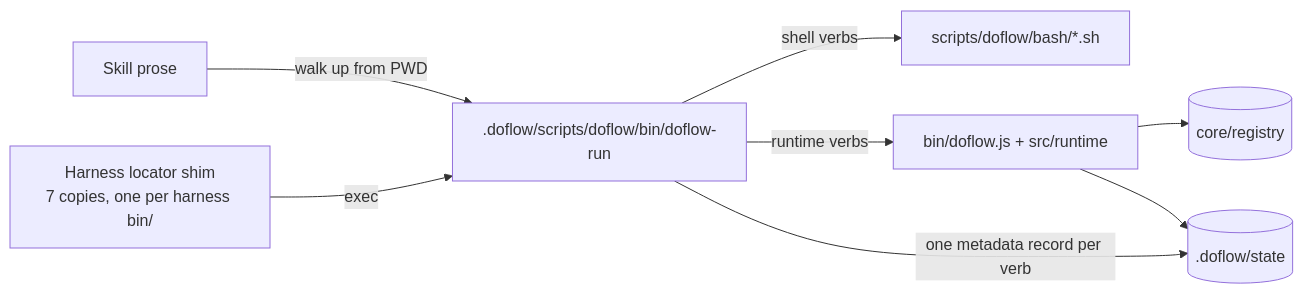
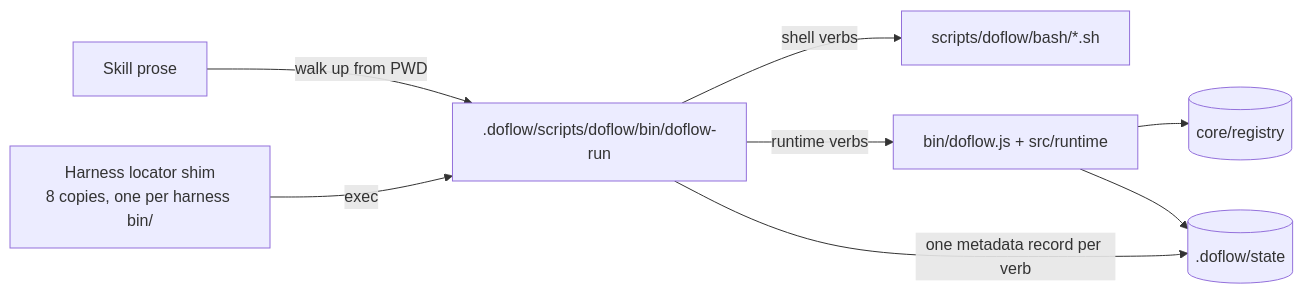
The third of 4 diagrams in docs/architecture.md (khoavu882/do-flow), drawn with Mermaid before and after one commit. The commit also changed other lines of this file and 10 other files, not shown here.

````diff
--- a/docs/architecture.md
+++ b/docs/architecture.md
@@ -98,10 +98,10 @@
 ```mermaid
 flowchart LR
     Skill[Skill prose] -->|walk up from PWD| Dispatch[.doflow/scripts/doflow/bin/doflow-run]
-    Locator[Harness locator shim\n7 copies, one per harness bin/] -->|exec| Dispatch
+    Locator[Harness locator shim\n8 copies, one per harness bin/] -->|exec| Dispatch
     Dispatch -->|shell verbs| Bash[scripts/doflow/bash/*.sh]
     Dispatch -->|runtime verbs| Node[bin/doflow.js + src/runtime]
     Node --> Reg[(core/registry)]
     Node --> St[(.doflow/state)]
     Dispatch -->|one metadata record per verb| St
 ```
````
